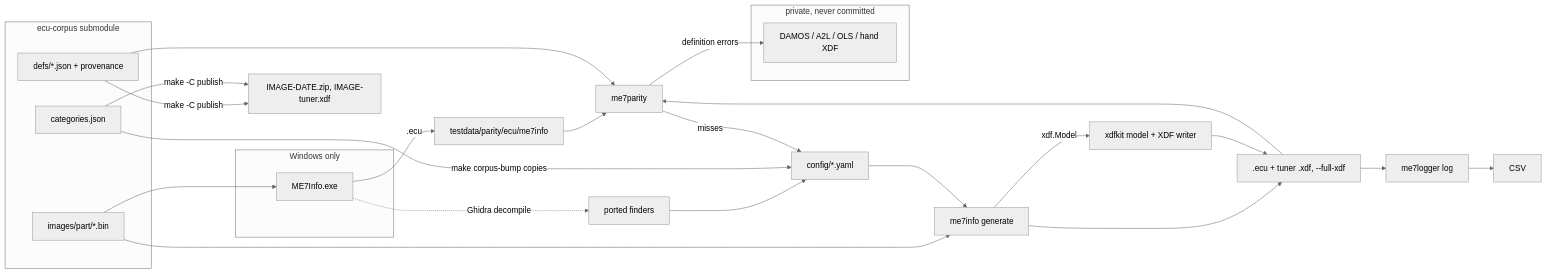
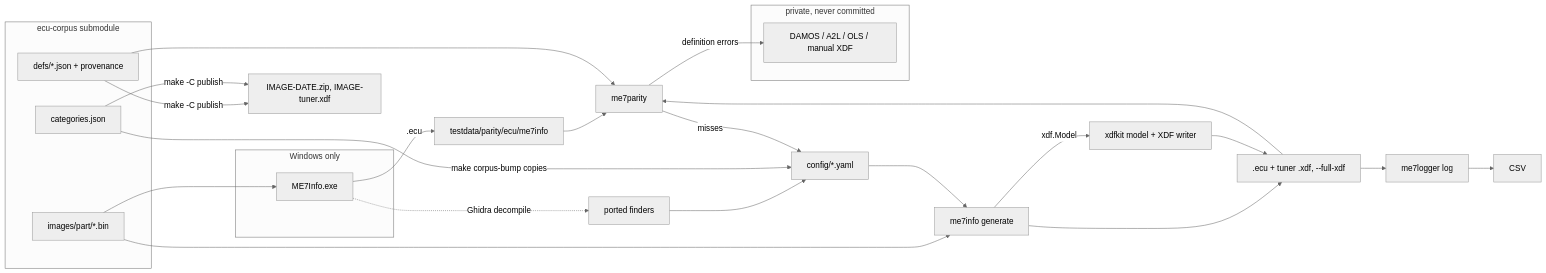
Before and after one commit to nyetlabs/me7-logger: the diagram in DEVELOPER.md, drawn with Mermaid (neutral theme). The commit also changed other lines of this file and 20 other files, not shown here.

First line of the commit message:
chore: rename located/hand to auto/manual

````diff
--- a/DEVELOPER.md
+++ b/DEVELOPER.md
@@ -5,31 +5,31 @@
 ```mermaid
 flowchart LR
   subgraph priv[private, never committed]
-    src[DAMOS / A2L / OLS / hand XDF]
+    src[DAMOS / A2L / OLS / manual XDF]
   end
   subgraph corpus[ecu-corpus submodule]
     bin[images/part/*.bin]
     def[defs/*.json + provenance]
     cats[categories.json]
   end
   subgraph win[Windows only]
     exe[ME7Info.exe]
   end
   bin --> exe -->|.ecu| oracle[testdata/parity/ecu/me7info]
   exe -.->|Ghidra decompile| port[ported finders]
   port --> cfg[config/*.yaml]
   bin --> gen[me7info generate]
   cfg --> gen
   cats -->|make corpus-bump copies| cfg
   def -->|"make -C publish"| packs["IMAGE-DATE.zip, IMAGE-tuner.xdf"]
   cats -->|"make -C publish"| packs
   gen -->|xdf.Model| kit[xdfkit model + XDF writer]
   gen --> out[.ecu + tuner .xdf, --full-xdf]
   kit --> out
   out --> log[me7logger log] --> csv[CSV]
   out --> par[me7parity]
   oracle --> par
   def --> par
   par -->|misses| cfg
   par -->|definition errors| src
 ```
````
